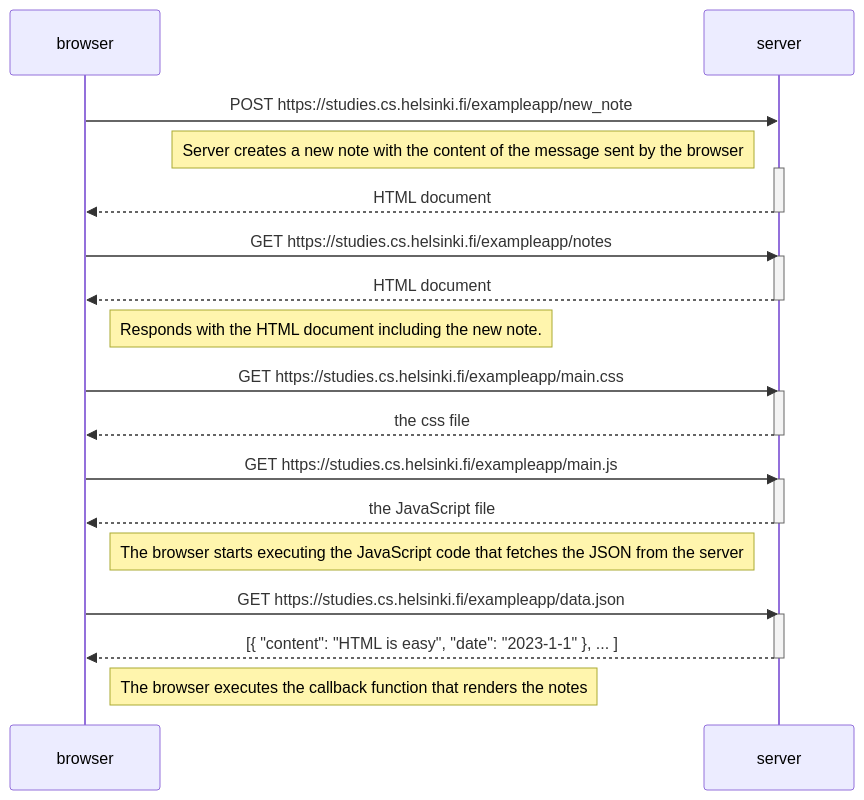
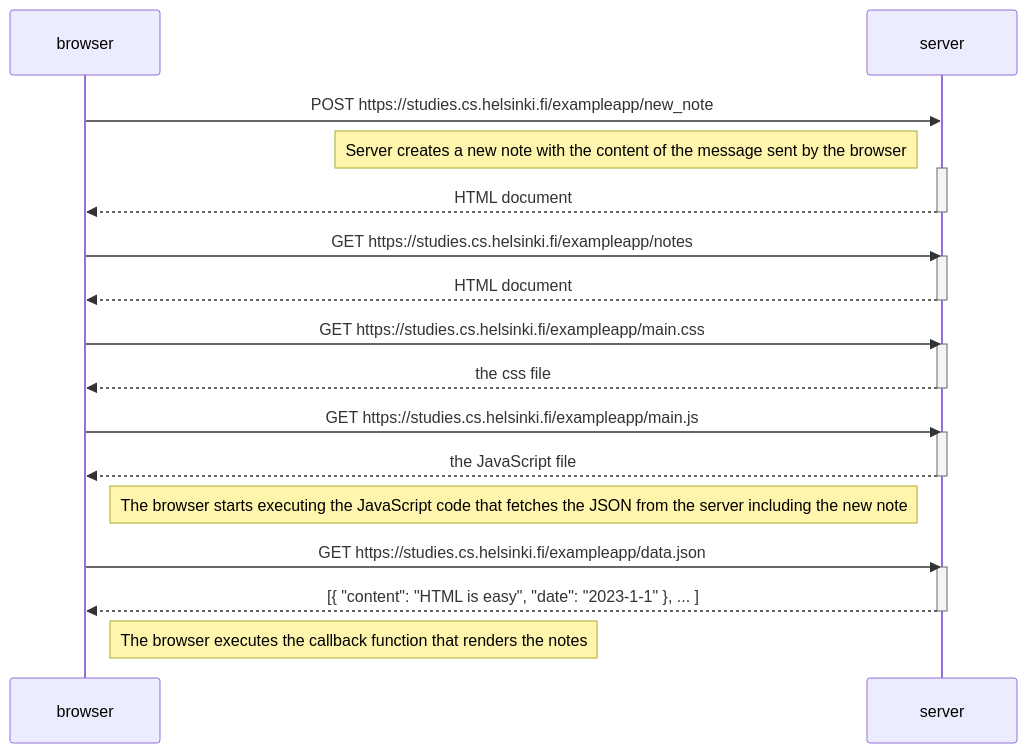
One commit to DolanCoding/Full-Stack-Open changed the diagram in exercise4.md. Above: the diagram before and after it, drawn with Mermaid.

Commit message:
Refine sequence diagram in exercise 4 to clarify browser's execution of JavaScript code

````diff
--- a/exercise4.md
+++ b/exercise4.md
@@ -1,36 +1,35 @@
 ```mermaid
 sequenceDiagram
     participant browser
     participant server
 
     browser->>server: POST https://studies.cs.helsinki.fi/exampleapp/new_note
     Note left of server: Server creates a new note with the content of the message sent by the browser
     activate server
     server-->>browser: HTML document
     deactivate server
 
     browser->>server: GET https://studies.cs.helsinki.fi/exampleapp/notes
     activate server
     server-->>browser: HTML document
     deactivate server
-    Note right of browser: Responds with the HTML document including the new note.
 
     browser->>server: GET https://studies.cs.helsinki.fi/exampleapp/main.css
     activate server
     server-->>browser: the css file
     deactivate server
 
     browser->>server: GET https://studies.cs.helsinki.fi/exampleapp/main.js
     activate server
     server-->>browser: the JavaScript file
     deactivate server
 
-    Note right of browser: The browser starts executing the JavaScript code that fetches the JSON from the server
+    Note right of browser: The browser starts executing the JavaScript code that fetches the JSON from the server including the new note
 
     browser->>server: GET https://studies.cs.helsinki.fi/exampleapp/data.json
     activate server
     server-->>browser: [{ "content": "HTML is easy", "date": "2023-1-1" }, ... ]
     deactivate server
 
     Note right of browser: The browser executes the callback function that renders the notes
 ```
````
